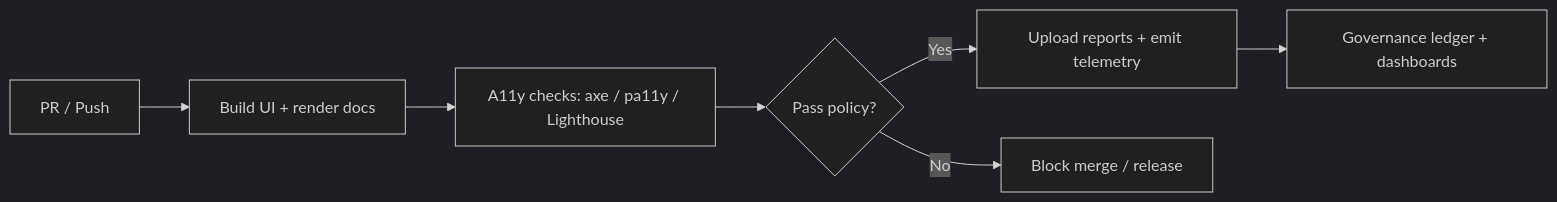
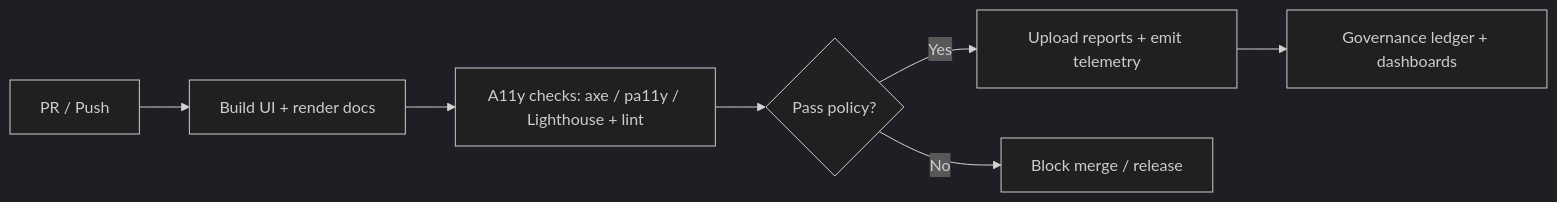
The first of 2 diagrams in docs/standards/ui_accessibility.md (bartytime4life/Kansas-Frontier-Matrix), drawn with Mermaid (dark theme) before and after one commit. The commit also changed other lines of this file, not shown here.

```diff
--- a/docs/standards/ui_accessibility.md
+++ b/docs/standards/ui_accessibility.md
@@ -310,9 +354,9 @@
 ~~~mermaid
 flowchart LR
   A["PR / Push"] --> B["Build UI + render docs"]
-  B --> C["A11y checks: axe / pa11y / Lighthouse"]
+  B --> C["A11y checks: axe / pa11y / Lighthouse + lint"]
   C --> D{"Pass policy?"}
   D -->|Yes| E["Upload reports + emit telemetry"]
   D -->|No| F["Block merge / release"]
   E --> G["Governance ledger + dashboards"]
 ~~~
```
